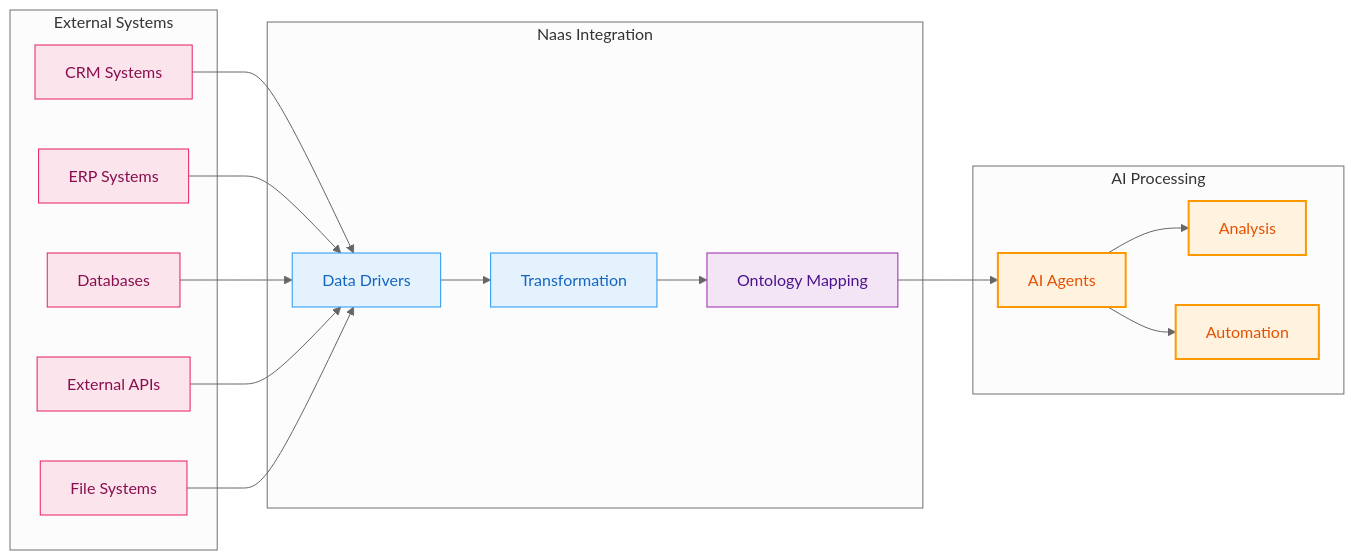
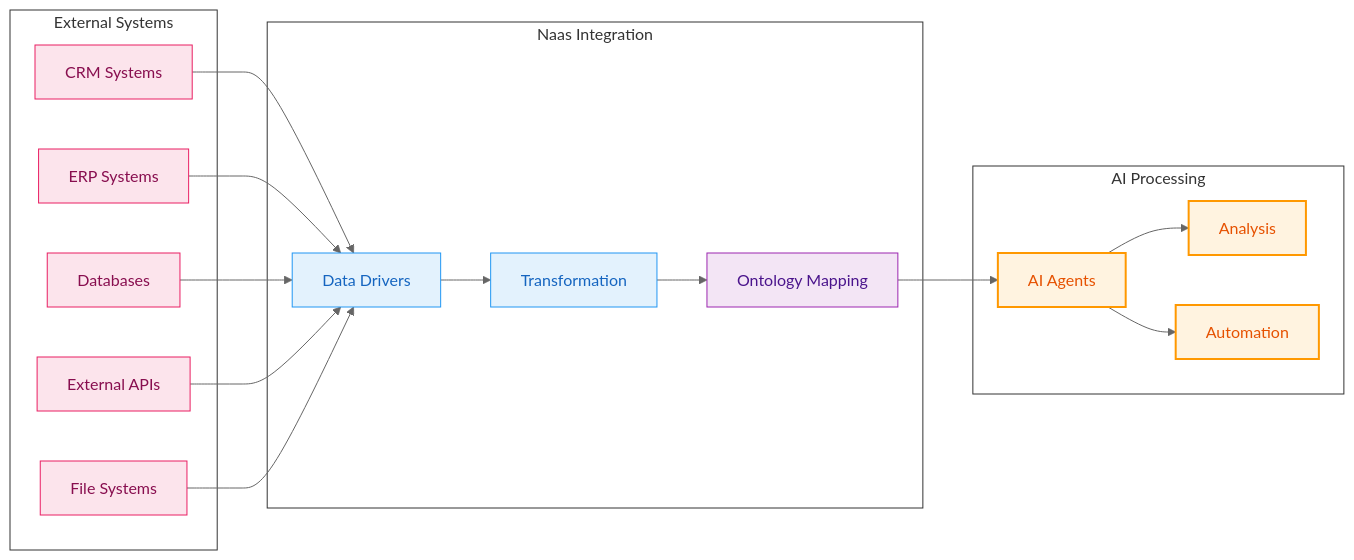
One commit to jupyter-naas/docs changed the second of 2 diagrams in site/docs/scale/architecture/overview.md. Above: the diagram before and after it, drawn with Mermaid (neutral theme). The commit also changed other lines of this file and 1 other file, not shown here.

Commit message:
fix: Force transparent subgraph backgrounds with explicit styling
✅ Fixed colored subgraph backgrounds in both light and dark modes:

🎨 Subgraph Styling Solution:
- Used ID-based subgraphs (subgraph SUB_ID ["Display Name"])
- Created subgraphClear class with fill:none for transparency
- Applied explicit transparent styling to all subgraphs
- Works in both light mode (no yellow) and dark mode (no grey)

📋 Updated Diagrams:
- /scale/architecture/overview.md - Both platform and integration diagrams
- Applied UI_LAYER, AI_LAYER, INFRA_LAYER naming convention
- Added subgraphClear class to all subgraph elements

📖 Updated Documentation:
- _mermaid-styles.md - Complete subgraph styling guide
- Template now includes proper subgraph styling pattern
- Critical implementation steps for consistent backgrounds

🔍 Technical Implementation:
- classDef subgraphClear fill:none,stroke:#333,stroke-width:1px,color:#333
- class UI_LAYER,AI_LAYER,INFRA_LAYER subgraphClear
- Ensures consistency with platform overview's white backgrounds

Now all diagrams have transparent subgraph backgrounds matching the platform overview.

````diff
--- a/site/docs/scale/architecture/overview.md
+++ b/site/docs/scale/architecture/overview.md
@@ -110,48 +110,48 @@
 ```mermaid
 graph LR
-    subgraph "External Systems"
+    subgraph EXT_SYS ["External Systems"]
         CRM[CRM Systems]
         ERP[ERP Systems]  
         DB[Databases]
         EXTAPI[External APIs]
         FILES[File Systems]
     end
     
-    subgraph "Naas Integration"
+    subgraph NAAS_INT ["Naas Integration"]
         DRIVERS[Data Drivers]
         TRANSFORM[Transformation]
         ONTOLOGY[Ontology Mapping]
     end
     
-    subgraph "AI Processing"
+    subgraph AI_PROC ["AI Processing"]
         AGENTS[AI Agents]
         ANALYSIS[Analysis]
         AUTOMATION[Automation]
     end
     
     CRM --> DRIVERS
     ERP --> DRIVERS
     DB --> DRIVERS
     EXTAPI --> DRIVERS
     FILES --> DRIVERS
     
     DRIVERS --> TRANSFORM
     TRANSFORM --> ONTOLOGY
     ONTOLOGY --> AGENTS
     
     AGENTS --> ANALYSIS
     AGENTS --> AUTOMATION
     
     classDef userExp fill:#e8f5e8,stroke:#4caf50,stroke-width:2px,color:#2e7d32
     classDef platform fill:#e3f2fd,stroke:#2196f3,stroke-width:1px,color:#1565c0
     classDef aiEngine fill:#fff3e0,stroke:#ff9800,stroke-width:2px,color:#e65100
     classDef dataLayer fill:#f3e5f5,stroke:#9c27b0,stroke-width:1px,color:#4a148c
     classDef infrastructure fill:#fce4ec,stroke:#e91e63,stroke-width:1px,color:#880e4f
-    
-    %% Note: Subgraphs use default styling (white background) for consistency
+    classDef subgraphClear fill:none,stroke:#333,stroke-width:1px,color:#333
     
     class CRM,ERP,DB,EXTAPI,FILES infrastructure
     class DRIVERS,TRANSFORM platform
     class ONTOLOGY dataLayer
     class AGENTS,ANALYSIS,AUTOMATION aiEngine
+    class EXT_SYS,NAAS_INT,AI_PROC subgraphClear
 ```
````
